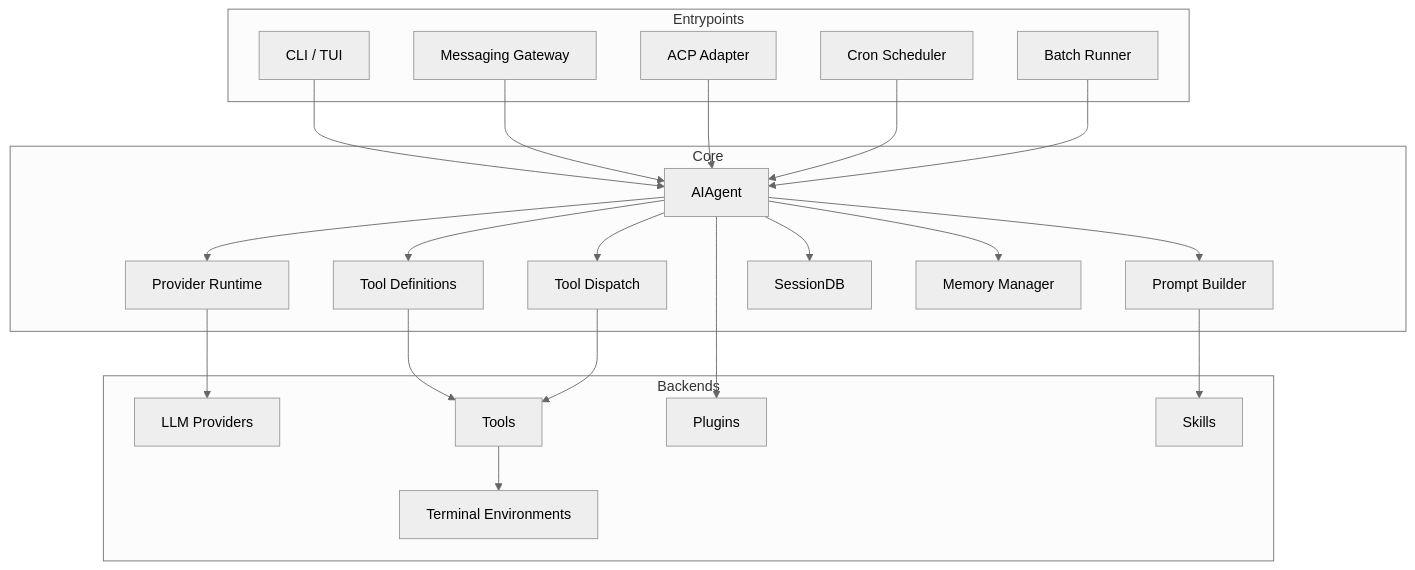
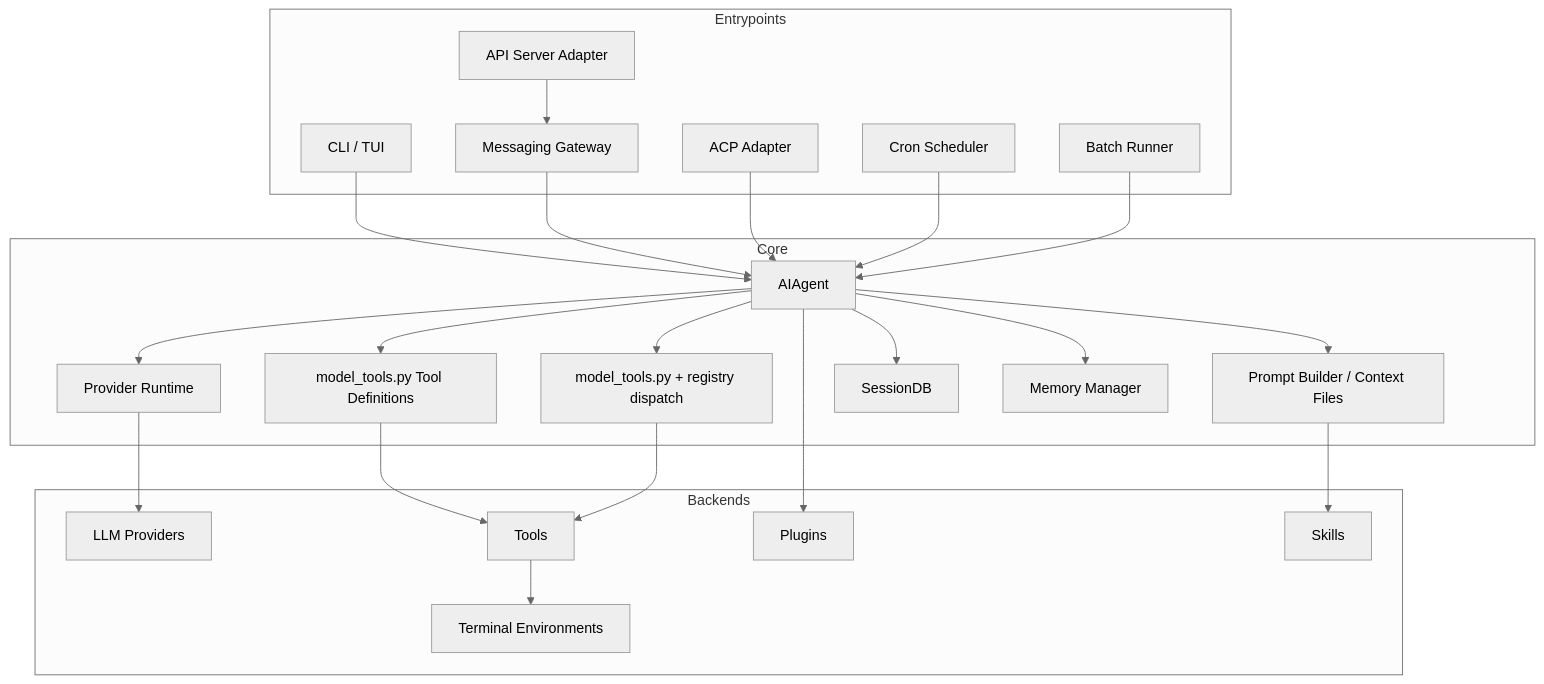
The diagram in docs/diagrams/00-hermes-system-map.md (M1racleShih/hermes-relay), drawn with Mermaid (neutral theme) before and after one commit. The commit also changed other lines of this file and 11 other files, not shown here.

````diff
--- a/docs/diagrams/00-hermes-system-map.md
+++ b/docs/diagrams/00-hermes-system-map.md
@@ -3,48 +3,50 @@
 ```mermaid
 flowchart TB
     subgraph Entrypoints
         CLI[CLI / TUI]
         Gateway[Messaging Gateway]
+        APIServer[API Server Adapter]
         ACP[ACP Adapter]
         Cron[Cron Scheduler]
         Batch[Batch Runner]
     end
 
     subgraph Core
         Agent[AIAgent]
-        Prompt[Prompt Builder]
+        Prompt[Prompt Builder / Context Files]
         Runtime[Provider Runtime]
-        ToolDefs[Tool Definitions]
-        Dispatch[Tool Dispatch]
+        ToolDefs[model_tools.py Tool Definitions]
+        Dispatch[model_tools.py + registry dispatch]
         State[SessionDB]
         Memory[Memory Manager]
     end
 
     subgraph Backends
         Providers[LLM Providers]
         Tools[Tools]
         Env[Terminal Environments]
         Plugins[Plugins]
         Skills[Skills]
     end
 
     CLI --> Agent
     Gateway --> Agent
+    APIServer --> Gateway
     ACP --> Agent
     Cron --> Agent
     Batch --> Agent
 
     Agent --> Prompt
     Agent --> Runtime
     Agent --> ToolDefs
     Agent --> Dispatch
     Agent --> State
     Agent --> Memory
 
     Runtime --> Providers
     ToolDefs --> Tools
     Dispatch --> Tools
     Tools --> Env
     Prompt --> Skills
     Agent --> Plugins
 ```
````
